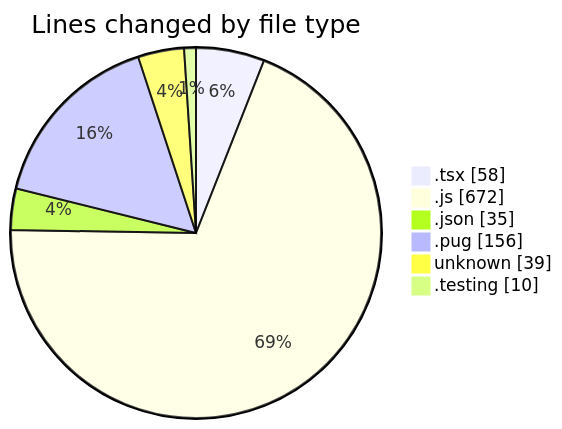
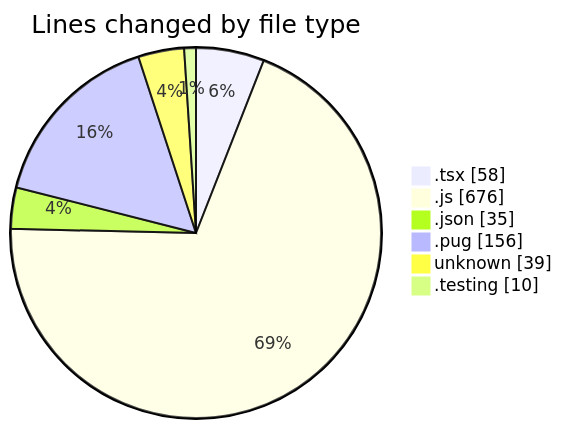
The first of 2 diagrams in 2025-03-07/cda/README.md (momahboobian/code-tracking), drawn with Mermaid before and after one commit. The commit also changed other lines of this file and 1 other file, not shown here.

````diff
--- a/2025-03-07/cda/README.md
+++ b/2025-03-07/cda/README.md
@@ -27,10 +27,10 @@
 ```mermaid
 pie showData
 title Lines changed by file type
 ".tsx" : 58
-".js" : 672
+".js" : 676
 ".json" : 35
 ".pug" : 156
 "unknown" : 39
 ".testing" : 10
 ```
````
